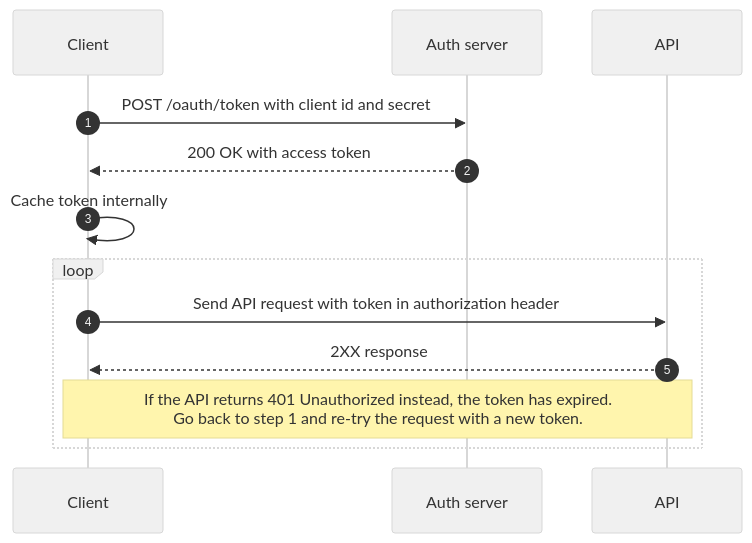
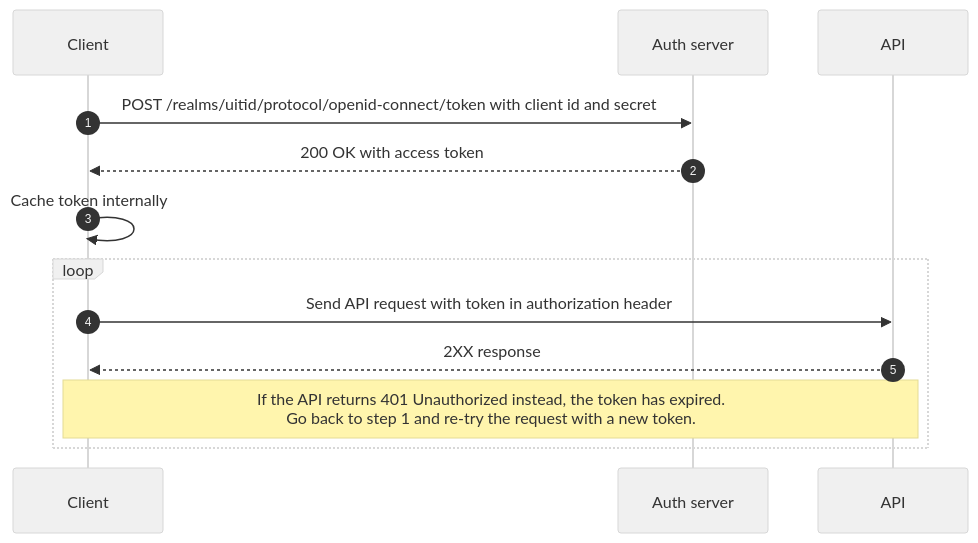
Before and after one commit to cultuurnet/apidocs: the diagram in projects/authentication/docs/client-access-token.md, drawn with Mermaid. The commit also changed other lines of this file and 2 other files, not shown here.

First line of the commit message:
Uitid/pk 41 keycloak switch (#408)

````diff
--- a/projects/authentication/docs/client-access-token.md
+++ b/projects/authentication/docs/client-access-token.md
@@ -23,13 +31,13 @@
 ```mermaid
 %%{init: {'theme':'base', 'themeVariables': { 'primaryColor': '#f0f0f0', 'fontFamily': 'Helvetica' }, 'sequence': { 'actorFontFamily': 'Helvetica', 'noteFontFamily': 'Helvetica', 'messageFontFamily': 'Helvetica' } }}%%
 sequenceDiagram
     autonumber
-    Client->>Auth server: POST /oauth/token with client id and secret
+    Client->>Auth server: POST /realms/uitid/protocol/openid-connect/token with client id and secret
     Auth server-->>Client: 200 OK with access token
     Client->>Client: Cache token internally
     loop
         Client->>API: Send API request with token in authorization header
         API-->>Client: 2XX response
         note over API,Client: If the API returns 401 Unauthorized instead, the token has expired.<br />Go back to step 1 and re-try the request with a new token.
     end
 ```
````
